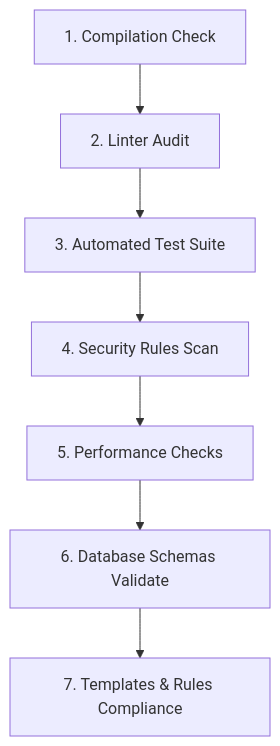
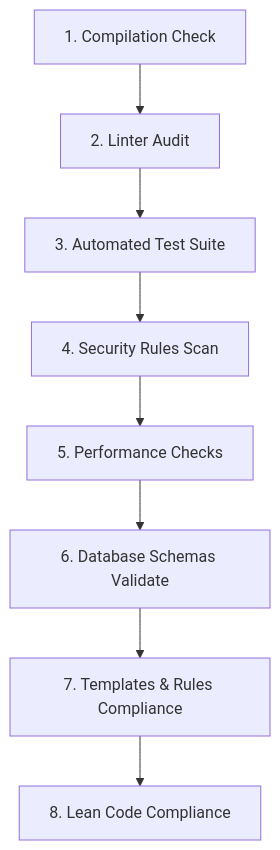
One commit to desinomadtrails/REMOTEFIX- changed the diagram in .agents/orchestration/verification.md. Above: the diagram before and after it, drawn with Mermaid. The commit also changed other lines of this file and 19 other files, not shown here.

````diff
--- a/.agents/orchestration/verification.md
+++ b/.agents/orchestration/verification.md
@@ -16,9 +16,10 @@
 ```mermaid
 graph TD
     Comp[1. Compilation Check] --> Lint[2. Linter Audit]
     Lint --> Tests[3. Automated Test Suite]
     Tests --> Security[4. Security Rules Scan]
     Security --> Perform[5. Performance Checks]
     Perform --> Schema[6. Database Schemas Validate]
     Schema --> Compliance[7. Templates & Rules Compliance]
+    Compliance --> Lean[8. Lean Code Compliance]
 ```
````
